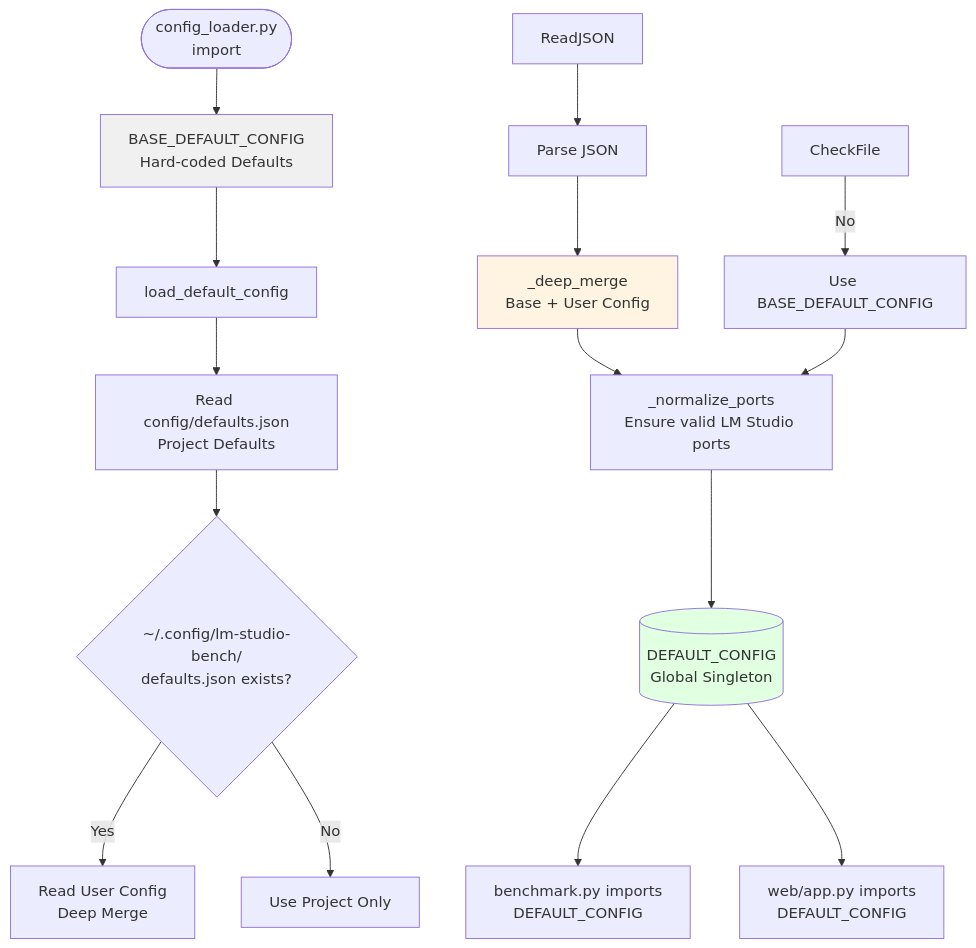
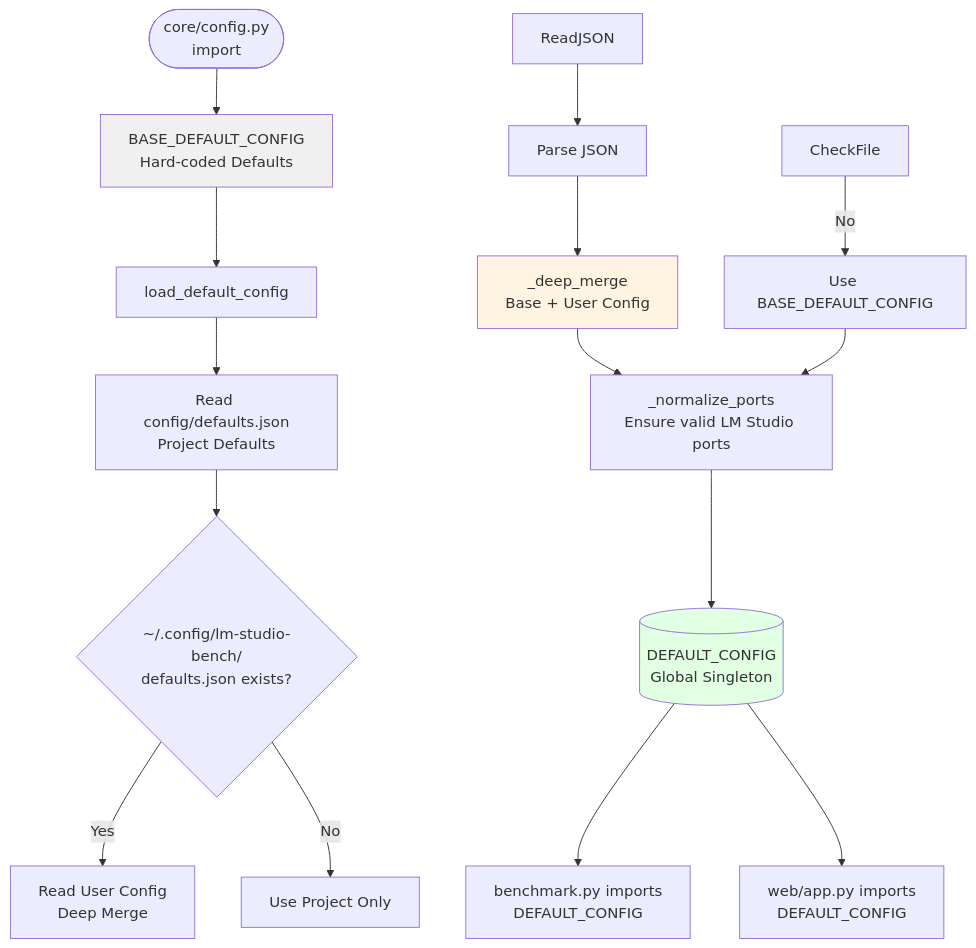
Before and after one commit to Ajimaru/LM-Studio-Bench: the seventh of 12 diagrams in docs/ARCHITECTURE.md, drawn with Mermaid. The commit also changed other lines of this file and 94 other files, not shown here.

````diff
--- a/docs/ARCHITECTURE.md
+++ b/docs/ARCHITECTURE.md
@@ -336,28 +336,28 @@
 ```mermaid
 flowchart TD
-    Start([config_loader.py<br/>import]) --> BaseConfig[BASE_DEFAULT_CONFIG<br/>Hard-coded Defaults]
+    Start([core/config.py<br/>import]) --> BaseConfig[BASE_DEFAULT_CONFIG<br/>Hard-coded Defaults]
 
     BaseConfig --> LoadFunc[load_default_config]
     LoadFunc --> ReadProject[Read config/defaults.json<br/>Project Defaults]
     
     ReadProject --> CheckUser{~/.config/lm-studio-bench/<br/>defaults.json exists?}
     
     CheckUser -->|Yes| ReadUser[Read User Config<br/>Deep Merge]
     CheckUser -->|No| UseProject[Use Project Only]
     CheckFile -->|No| UseBase[Use BASE_DEFAULT_CONFIG]
     
     ReadJSON --> ParseJSON[Parse JSON]
     ParseJSON --> DeepMerge[_deep_merge<br/>Base + User Config]
     
     DeepMerge --> NormalizePorts[_normalize_ports<br/>Ensure valid LM Studio ports]
     UseBase --> NormalizePorts
     
     NormalizePorts --> FinalConfig[(DEFAULT_CONFIG<br/>Global Singleton)]
     
     FinalConfig --> BenchmarkImport[benchmark.py imports<br/>DEFAULT_CONFIG]
     FinalConfig --> WebAppImport[web/app.py imports<br/>DEFAULT_CONFIG]
     
     style BaseConfig fill:#f0f0f0
     style FinalConfig fill:#e1ffe1
     style DeepMerge fill:#fff4e1
 ```
````
